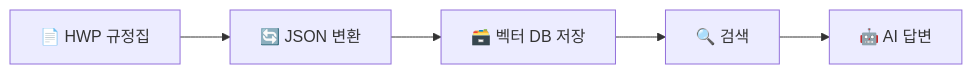
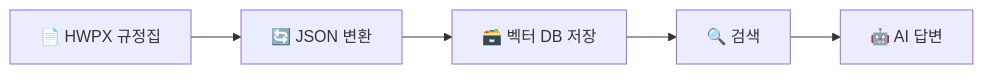
The first of 3 diagrams in README.md (seo-jinseok/regulation_manager), drawn with Mermaid before and after one commit. The commit also changed other lines of this file and 711 other files, not shown here.

````diff
--- a/README.md
+++ b/README.md
@@ -70,7 +70,7 @@
 ```mermaid
 flowchart LR
-    A["📄 HWP 규정집"] --> B["🔄 JSON 변환"]
+    A["📄 HWPX 규정집"] --> B["🔄 JSON 변환"]
     B --> C["🗃️ 벡터 DB 저장"]
     C --> D["🔍 검색"]
     D --> E["🤖 AI 답변"]
 ```
````
